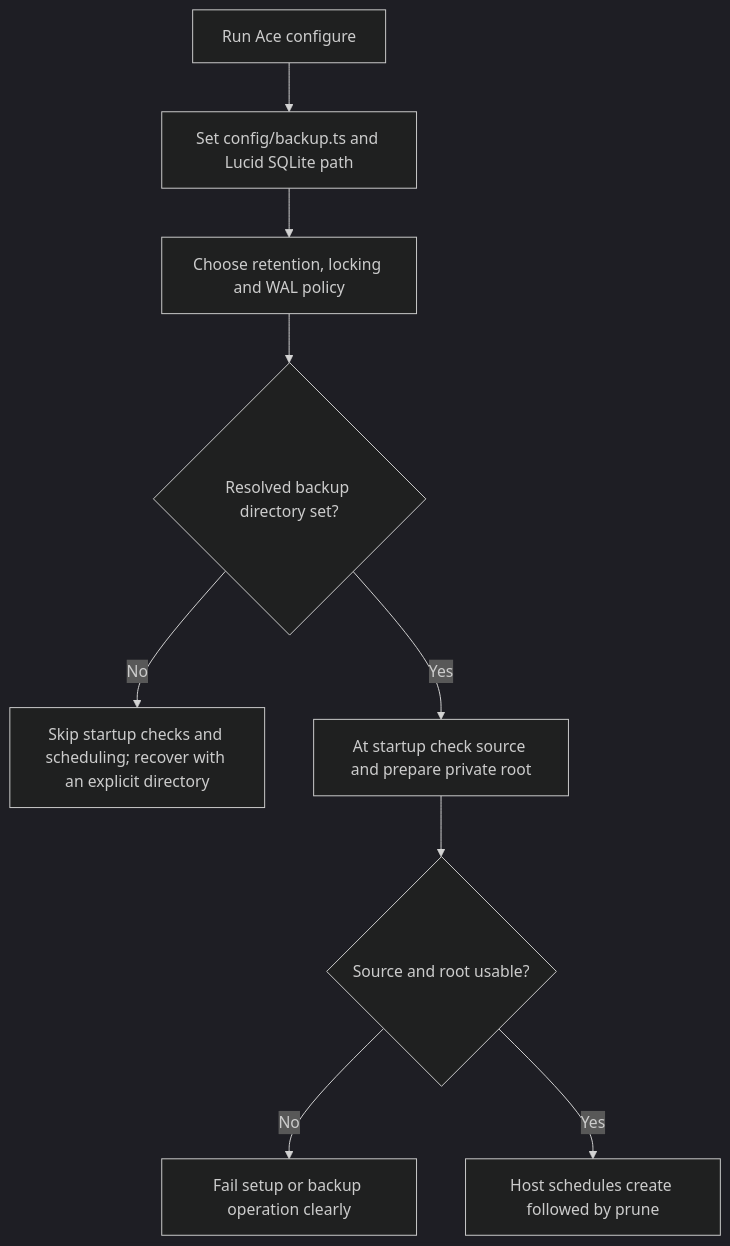
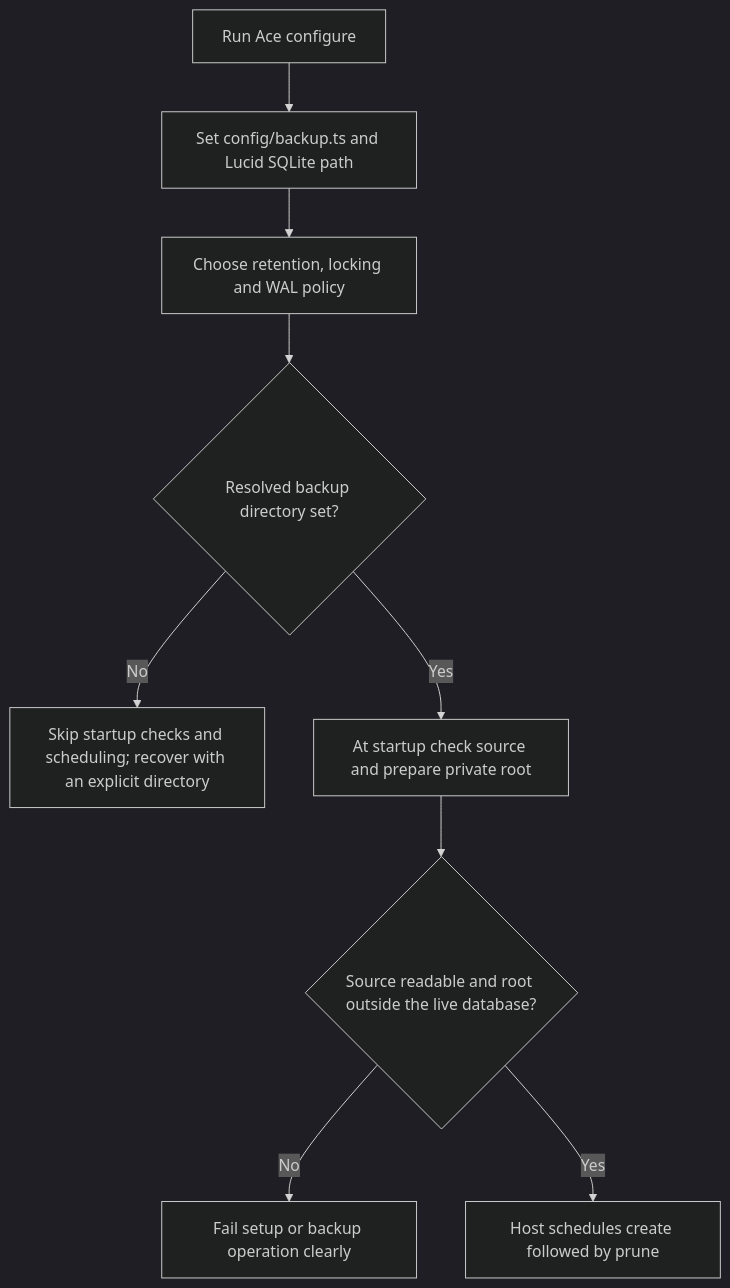
The first of 2 diagrams in user-stories/setup/us-setup-01-configure-backups.md (Kevinjohn/oss-adonisjs-sqlite-backup), drawn with Mermaid (dark theme) before and after one commit. The commit also changed other lines of this file and 3 other files, not shown here.

````diff
--- a/user-stories/setup/us-setup-01-configure-backups.md
+++ b/user-stories/setup/us-setup-01-configure-backups.md
@@ -32,11 +32,11 @@
 ```mermaid
 flowchart TD
     A["Run Ace configure"] --> B["Set config/backup.ts and Lucid SQLite path"]
     B --> C["Choose retention, locking and WAL policy"]
     C --> C1{"Resolved backup directory set?"}
     C1 -->|No| C2["Skip startup checks and scheduling; recover with an explicit directory"]
     C1 -->|Yes| D["At startup check source and prepare private root"]
-    D --> E{"Source and root usable?"}
+    D --> E{"Source readable and root outside the live database?"}
     E -->|No| F["Fail setup or backup operation clearly"]
     E -->|Yes| G["Host schedules create followed by prune"]
 ```
````
